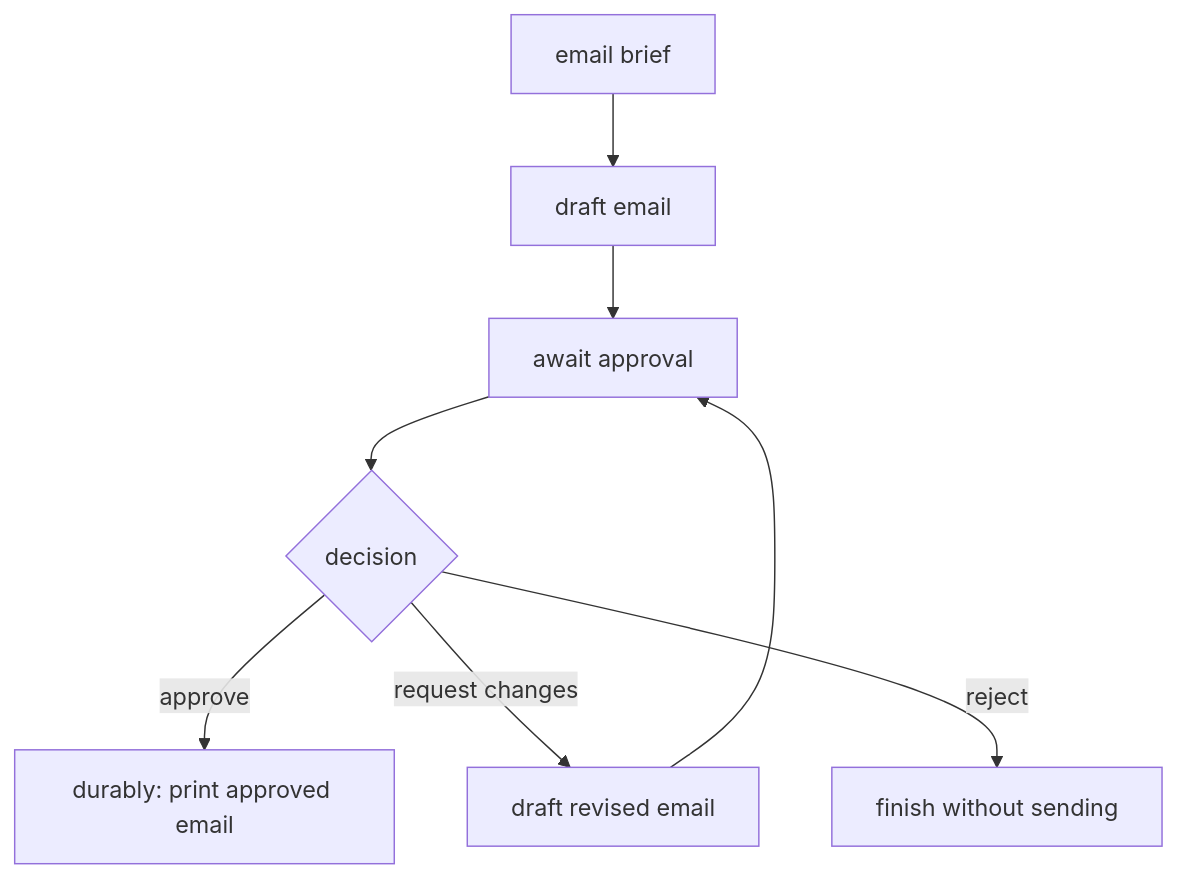
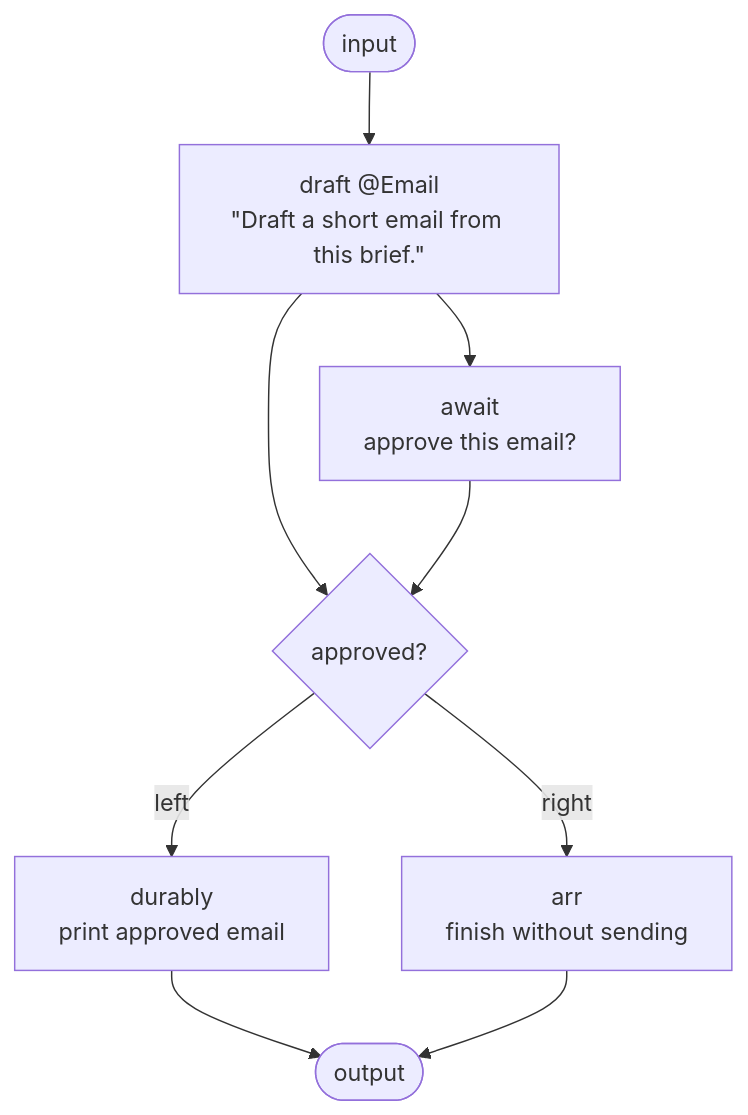
Before and after one commit to drshade/haskell-agentic: the third of 3 diagrams in agentic/README.md, drawn with Mermaid. The commit also changed other lines of this file and 26 other files, not shown here.

````diff
--- a/agentic/README.md
+++ b/agentic/README.md
@@ -909,10 +967,18 @@
 ```mermaid
 flowchart TD
-  brief["email brief"] --> draft["draft email"]
-  draft --> review["await approval"]
-  review --> decision{"decision"}
-  decision -->|approve| send["durably: print approved email"]
-  decision -->|request changes| revise["draft revised email"]
-  revise --> review
-  decision -->|reject| stop["finish without sending"]
+  input(["input"])
+  n_flow_seq_0_0["draft @Email<br/>#quot;Draft a short email from this brief.#quot;"]
+  n_flow_seq_1_seq_0_fan_1_note_0["await<br/>approve this email?"]
+  n_flow_seq_1_seq_1_seq_1_note_0{"approved?"}
+  n_flow_seq_1_seq_1_seq_1_note_choose_0_note_0["durably<br/>print approved email"]
+  n_flow_seq_1_seq_1_seq_1_note_choose_1_note_0["arr<br/>finish without sending"]
+  output(["output"])
+  input --> n_flow_seq_0_0
+  n_flow_seq_0_0 --> n_flow_seq_1_seq_0_fan_1_note_0
+  n_flow_seq_0_0 --> n_flow_seq_1_seq_1_seq_1_note_0
+  n_flow_seq_1_seq_0_fan_1_note_0 --> n_flow_seq_1_seq_1_seq_1_note_0
+  n_flow_seq_1_seq_1_seq_1_note_0 -->|left| n_flow_seq_1_seq_1_seq_1_note_choose_0_note_0
+  n_flow_seq_1_seq_1_seq_1_note_0 -->|right| n_flow_seq_1_seq_1_seq_1_note_choose_1_note_0
+  n_flow_seq_1_seq_1_seq_1_note_choose_0_note_0 --> output
+  n_flow_seq_1_seq_1_seq_1_note_choose_1_note_0 --> output
 ```
````
